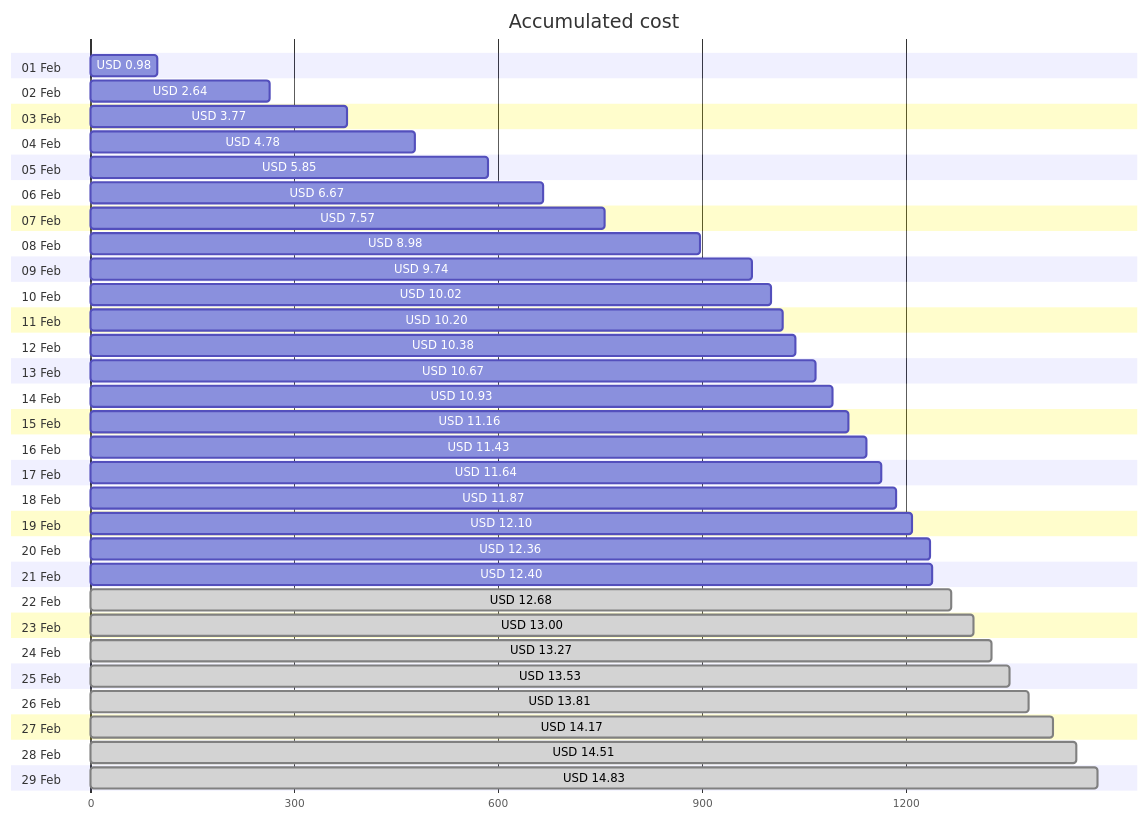
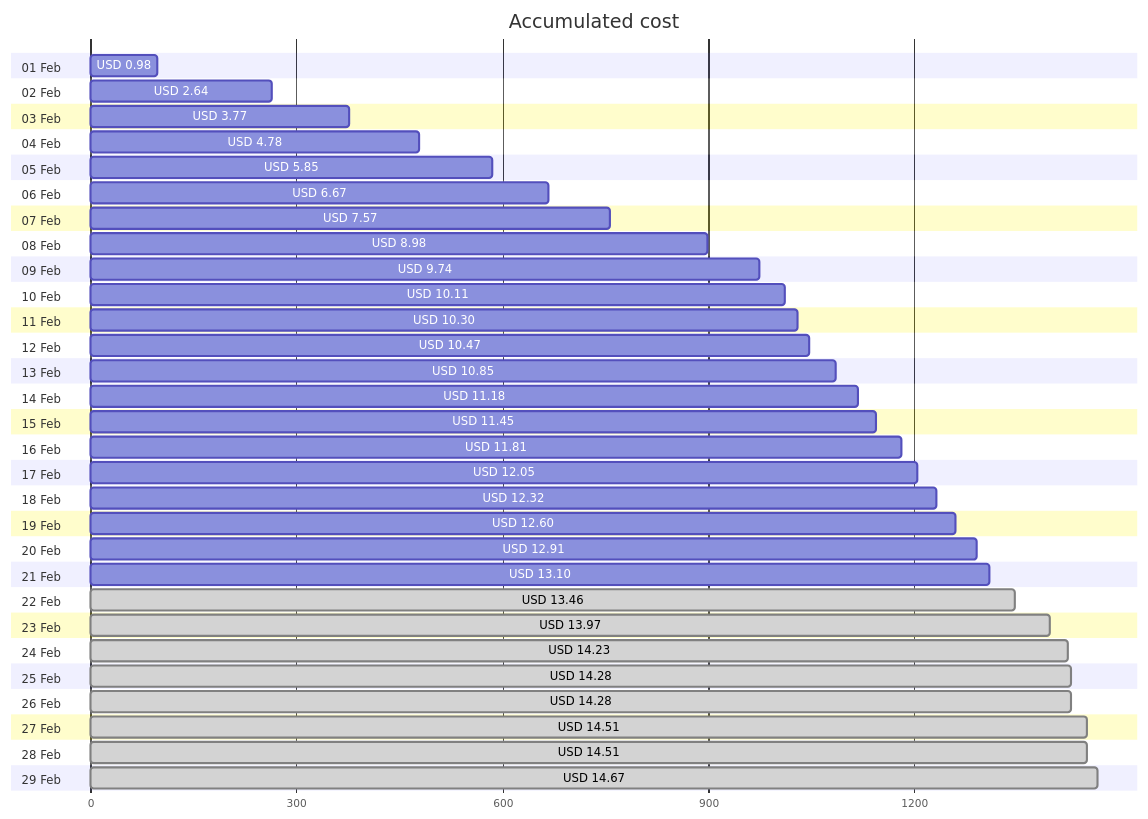
The first of 4 diagrams in cost-reports/personal-network/vpn-server.md (jpfulton/azure-personal-reports), drawn with Mermaid before and after one commit. The commit also changed other lines of this file and 8 other files, not shown here.

````diff
--- a/cost-reports/personal-network/vpn-server.md
+++ b/cost-reports/personal-network/vpn-server.md
@@ -20,64 +20,64 @@
 ```mermaid
 gantt
    title Accumulated cost
    dateFormat  X
    axisFormat %s
    section 01 Feb
    USD 0.98 :0, 98
    section 02 Feb
    USD 2.64 :0, 264
    section 03 Feb
    USD 3.77 :0, 377
    section 04 Feb
    USD 4.78 :0, 478
    section 05 Feb
    USD 5.85 :0, 585
    section 06 Feb
    USD 6.67 :0, 667
    section 07 Feb
    USD 7.57 :0, 757
    section 08 Feb
    USD 8.98 :0, 898
    section 09 Feb
    USD 9.74 :0, 974
    section 10 Feb
-   USD 10.02 :0, 1002
+   USD 10.11 :0, 1011
    section 11 Feb
-   USD 10.20 :0, 1020
+   USD 10.30 :0, 1030
    section 12 Feb
-   USD 10.38 :0, 1038
+   USD 10.47 :0, 1047
    section 13 Feb
-   USD 10.67 :0, 1067
+   USD 10.85 :0, 1085
    section 14 Feb
-   USD 10.93 :0, 1093
+   USD 11.18 :0, 1118
    section 15 Feb
-   USD 11.16 :0, 1116
+   USD 11.45 :0, 1145
    section 16 Feb
-   USD 11.43 :0, 1143
+   USD 11.81 :0, 1181
    section 17 Feb
-   USD 11.64 :0, 1164
+   USD 12.05 :0, 1205
    section 18 Feb
-   USD 11.87 :0, 1187
+   USD 12.32 :0, 1232
    section 19 Feb
-   USD 12.10 :0, 1210
+   USD 12.60 :0, 1260
    section 20 Feb
-   USD 12.36 :0, 1236
+   USD 12.91 :0, 1291
    section 21 Feb
-   USD 12.40 :0, 1240
+   USD 13.10 :0, 1310
    section 22 Feb
-   USD 12.68 : done, 0, 1268
+   USD 13.46 : done, 0, 1346
    section 23 Feb
-   USD 13.00 : done, 0, 1300
+   USD 13.97 : done, 0, 1397
    section 24 Feb
-   USD 13.27 : done, 0, 1327
+   USD 14.23 : done, 0, 1423
    section 25 Feb
-   USD 13.53 : done, 0, 1353
+   USD 14.28 : done, 0, 1428
    section 26 Feb
-   USD 13.81 : done, 0, 1381
+   USD 14.28 : done, 0, 1428
    section 27 Feb
-   USD 14.17 : done, 0, 1417
+   USD 14.51 : done, 0, 1451
    section 28 Feb
    USD 14.51 : done, 0, 1451
    section 29 Feb
-   USD 14.83 : done, 0, 1483
+   USD 14.67 : done, 0, 1467
 ```
````
